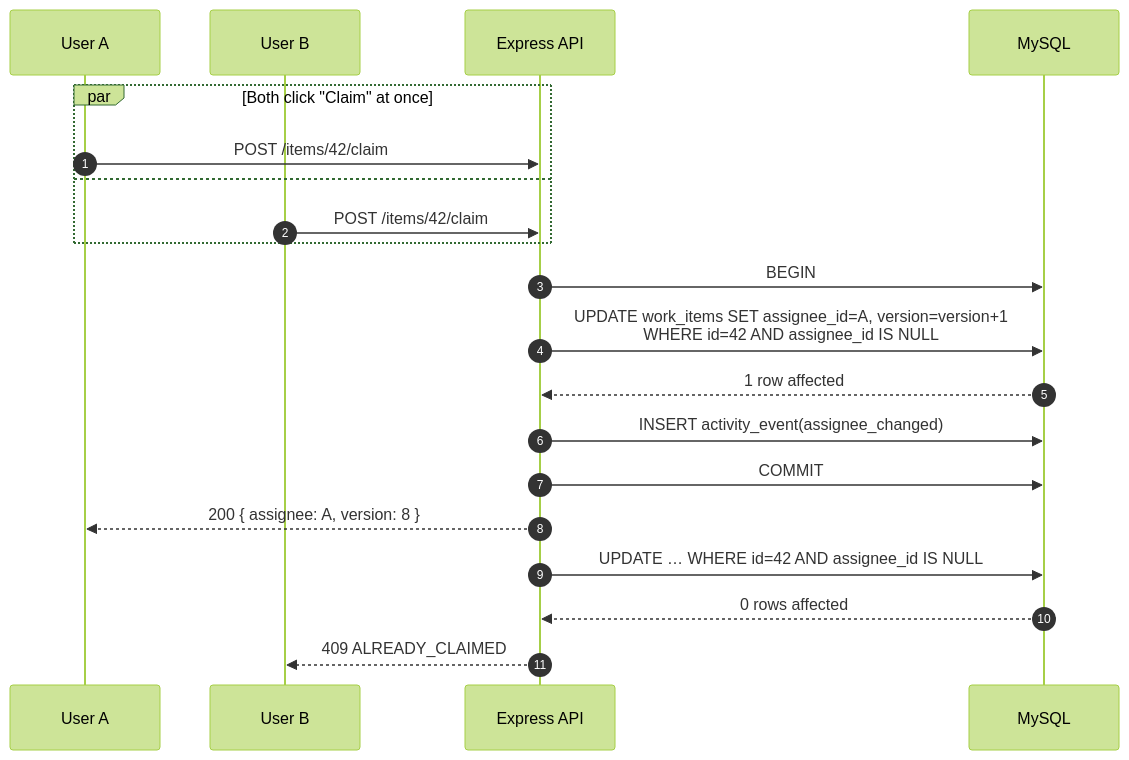
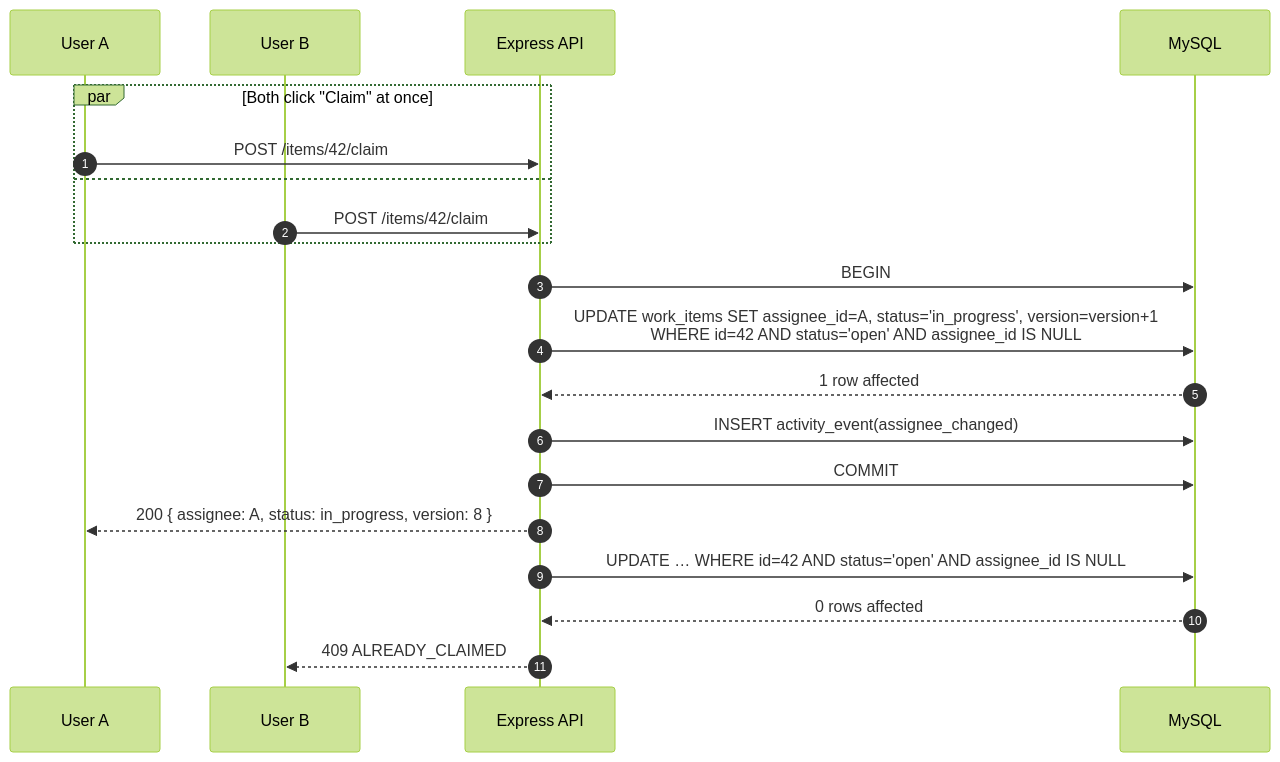
Before and after one commit to tabishraza302/newtoninte-ops: the third of 9 diagrams in docs/architecture.md, drawn with Mermaid (forest theme). The commit also changed other lines of this file and 1 other file, not shown here.

````diff
--- a/docs/architecture.md
+++ b/docs/architecture.md
@@ -68,25 +68,25 @@
 ```mermaid
 sequenceDiagram
   autonumber
   participant A as User A
   participant B as User B
   participant API as Express API
   participant DB as MySQL
 
   par Both click "Claim" at once
     A->>API: POST /items/42/claim
   and
     B->>API: POST /items/42/claim
   end
 
   API->>DB: BEGIN
-  API->>DB: UPDATE work_items SET assignee_id=A, version=version+1<br/>WHERE id=42 AND assignee_id IS NULL
+  API->>DB: UPDATE work_items SET assignee_id=A, status='in_progress', version=version+1<br/>WHERE id=42 AND status='open' AND assignee_id IS NULL
   DB-->>API: 1 row affected
   API->>DB: INSERT activity_event(assignee_changed)
   API->>DB: COMMIT
-  API-->>A: 200 { assignee: A, version: 8 }
+  API-->>A: 200 { assignee: A, status: in_progress, version: 8 }
 
-  API->>DB: UPDATE … WHERE id=42 AND assignee_id IS NULL
+  API->>DB: UPDATE … WHERE id=42 AND status='open' AND assignee_id IS NULL
   DB-->>API: 0 rows affected
   API-->>B: 409 ALREADY_CLAIMED
 ```
````
